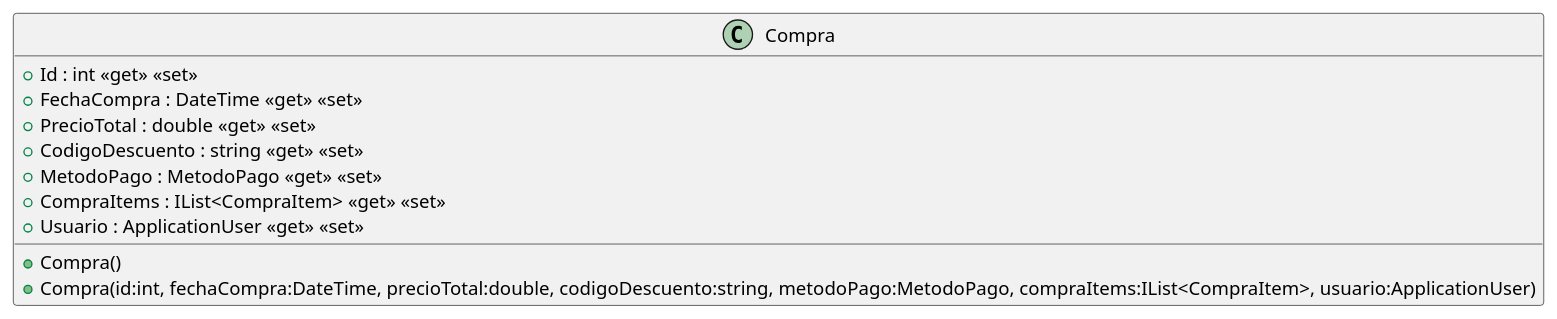
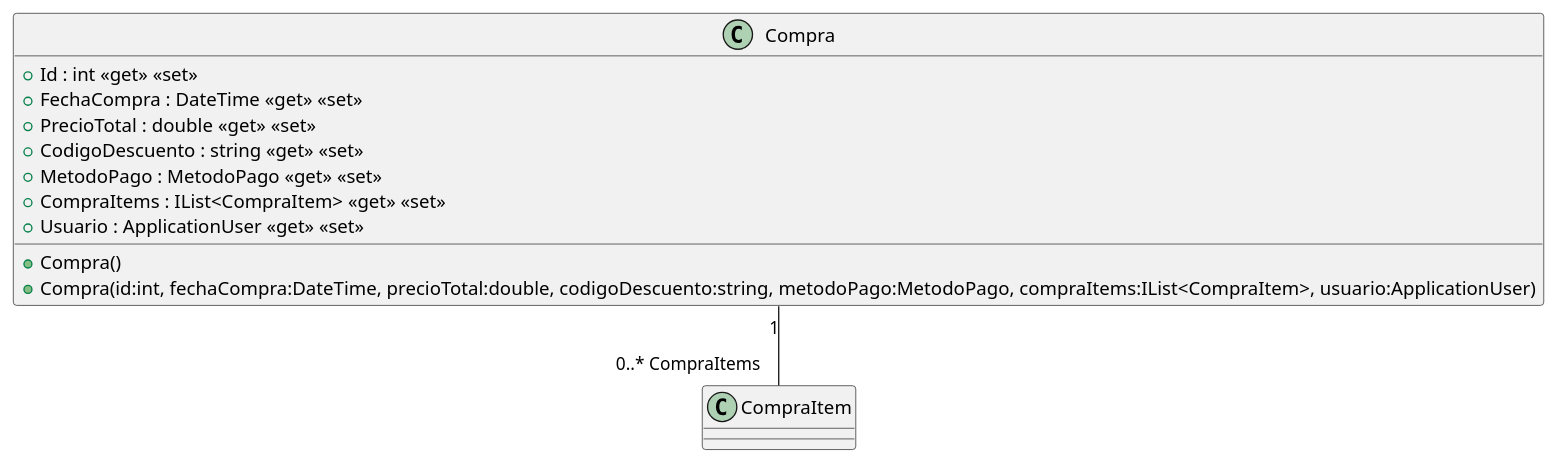
The diagram in src/AppForSEII.API/ClassDiagram/Compra.puml (ISII2627SoftwareEngineers/ISII2627SoftwareEngineers), drawn with PlantUML before and after one commit. The commit also changed 1 other file, not shown here.

Commit message:
Añadido relaciones entre Compra y CompraItem, y Libro y CompraItems.

```diff
--- a/src/AppForSEII.API/ClassDiagram/Compra.puml
+++ b/src/AppForSEII.API/ClassDiagram/Compra.puml
@@ -1,13 +1,15 @@
 @startuml
 class Compra {
     + Compra()
     + Compra(id:int, fechaCompra:DateTime, precioTotal:double, codigoDescuento:string, metodoPago:MetodoPago, compraItems:IList<CompraItem>, usuario:ApplicationUser)
     + Id : int <<get>> <<set>>
     + FechaCompra : DateTime <<get>> <<set>>
     + PrecioTotal : double <<get>> <<set>>
     + CodigoDescuento : string <<get>> <<set>>
     + MetodoPago : MetodoPago <<get>> <<set>>
     + CompraItems : IList<CompraItem> <<get>> <<set>>
     + Usuario : ApplicationUser <<get>> <<set>>
 }
+'para caso de uso comprar libros
+Compra "1" -- "0..* CompraItems" CompraItem 
 @enduml
```
